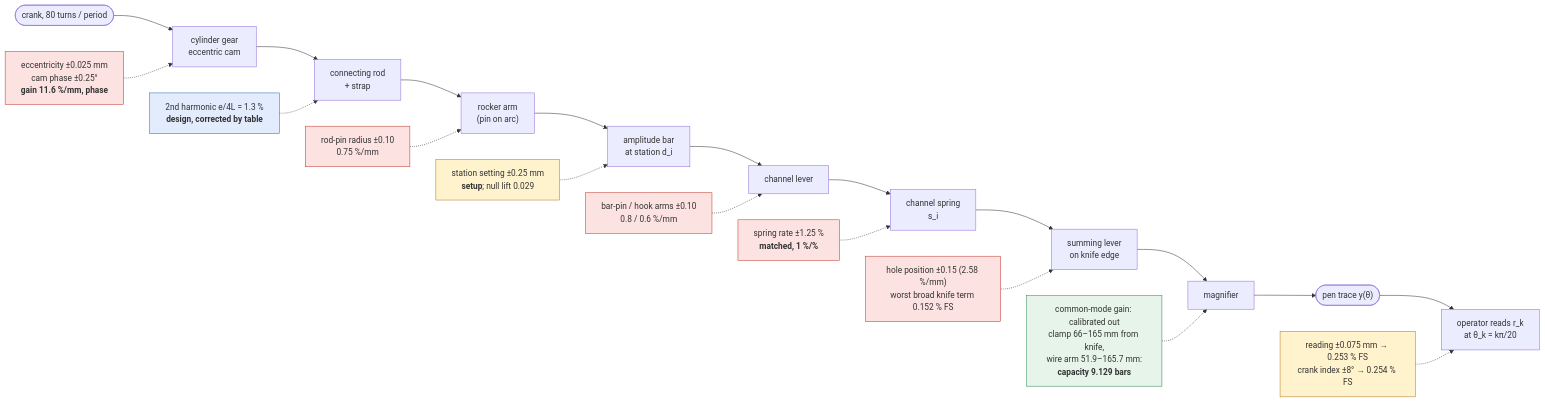
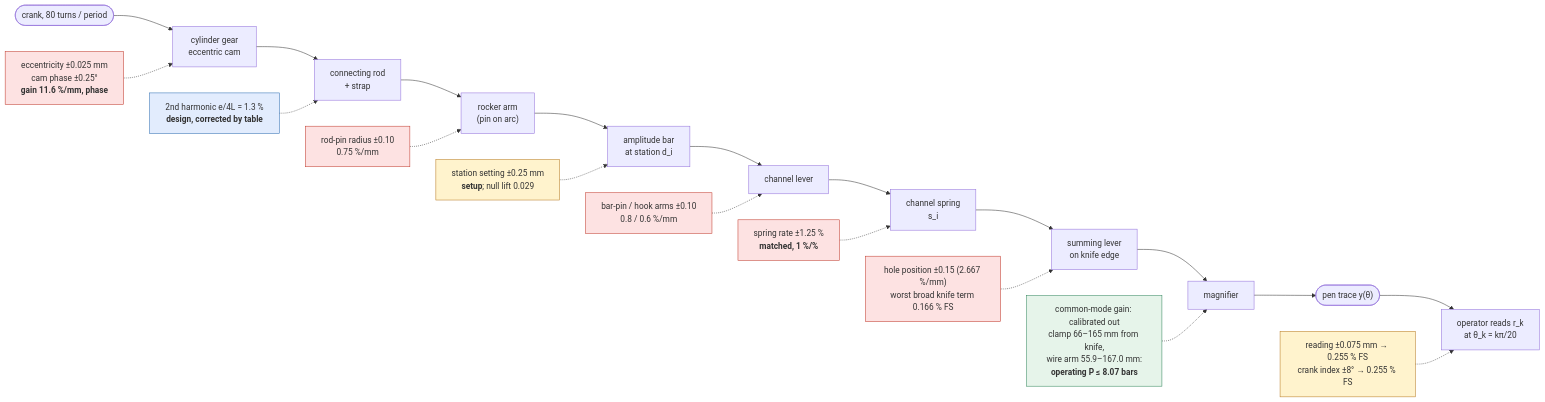
The first of 4 diagrams in cad/docs/tolerance-policy.md (pedropaulovc/harmonic-analyzer), drawn with Mermaid before and after one commit. The commit also changed other lines of this file and 1 other file, not shown here.

````diff
--- a/cad/docs/tolerance-policy.md
+++ b/cad/docs/tolerance-policy.md
@@ -135,27 +135,27 @@
 ```mermaid
 flowchart LR
     crank([crank, 80 turns / period]) --> cam
     cam["cylinder gear<br/>eccentric cam"] --> rod["connecting rod<br/>+ strap"]
     rod --> rocker["rocker arm<br/>(pin on arc)"]
     rocker --> bar["amplitude bar<br/>at station d_i"]
     bar --> lever["channel lever"]
     lever --> spring["channel spring<br/>s_i"]
     spring --> summing["summing lever<br/>on knife edge"]
     summing --> mag["magnifier"] --> pen(["pen trace y(θ)"])
     pen --> op["operator reads r_k<br/>at θ_k = kπ/20"]
 
     e1["eccentricity ±0.025 mm<br/>cam phase ±0.25°<br/><b>gain 11.6 %/mm, phase</b>"]:::part -.-> cam
     e2["2nd harmonic e/4L = 1.3 %<br/><b>design, corrected by table</b>"]:::design -.-> rod
     e3["rod-pin radius ±0.10<br/>0.75 %/mm"]:::part -.-> rocker
     e4["station setting ±0.25 mm<br/><b>setup</b>; null lift 0.029"]:::setup -.-> bar
     e5["bar-pin / hook arms ±0.10<br/>0.8 / 0.6 %/mm"]:::part -.-> lever
     e6["spring rate ±1.25 %<br/><b>matched, 1 %/%</b>"]:::part -.-> spring
-    e7["hole position ±0.15 (2.58 %/mm)<br/>worst broad knife term 0.152 % FS"]:::part -.-> summing
-    e8["common-mode gain: calibrated out<br/>clamp 66–165 mm from knife,<br/>wire arm 51.9–165.7 mm:<br/><b>capacity 9.129 bars</b>"]:::free -.-> mag
-    e9["reading ±0.075 mm → 0.253 % FS<br/>crank index ±8° → 0.254 % FS"]:::setup -.-> op
+    e7["hole position ±0.15 (2.667 %/mm)<br/>worst broad knife term 0.166 % FS"]:::part -.-> summing
+    e8["common-mode gain: calibrated out<br/>clamp 66–165 mm from knife,<br/>wire arm 55.9–167.0 mm:<br/><b>operating P ≤ 8.07 bars</b>"]:::free -.-> mag
+    e9["reading ±0.075 mm → 0.255 % FS<br/>crank index ±8° → 0.255 % FS"]:::setup -.-> op
 
     classDef part fill:#fde2e2,stroke:#c0392b
     classDef setup fill:#fff3cd,stroke:#b7791f
     classDef design fill:#e2ecfd,stroke:#2b6cb0
     classDef free fill:#e6f4ea,stroke:#2f855a
 ```
````
